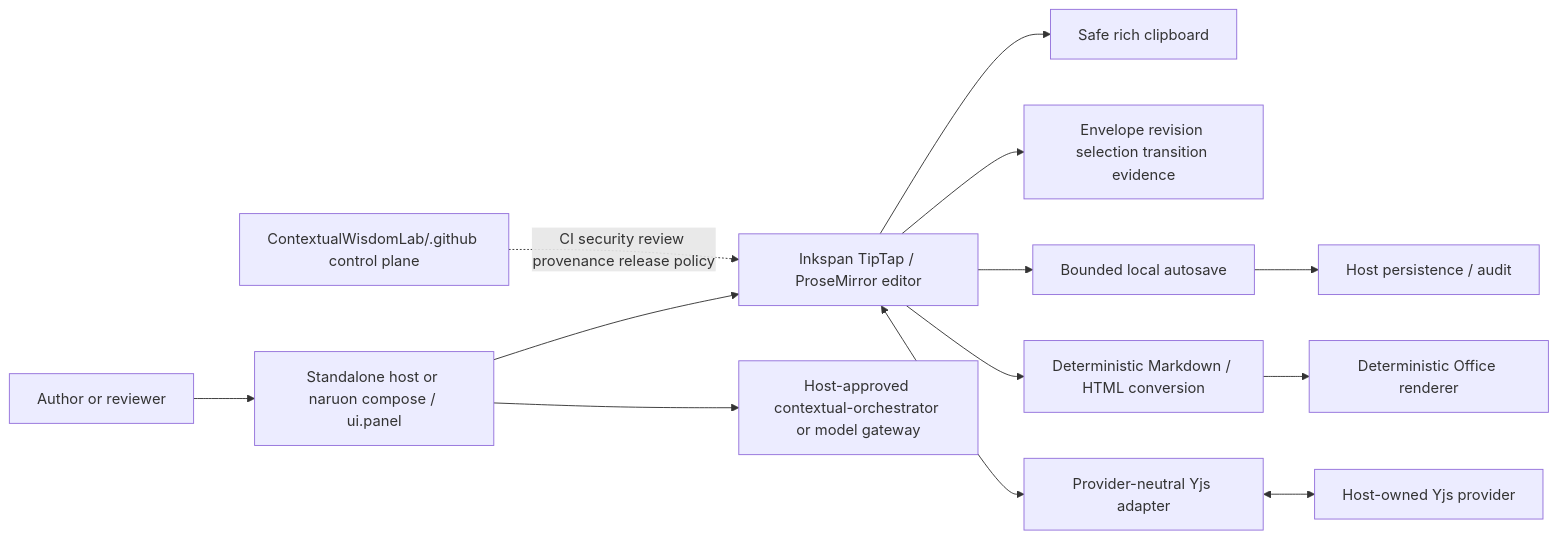
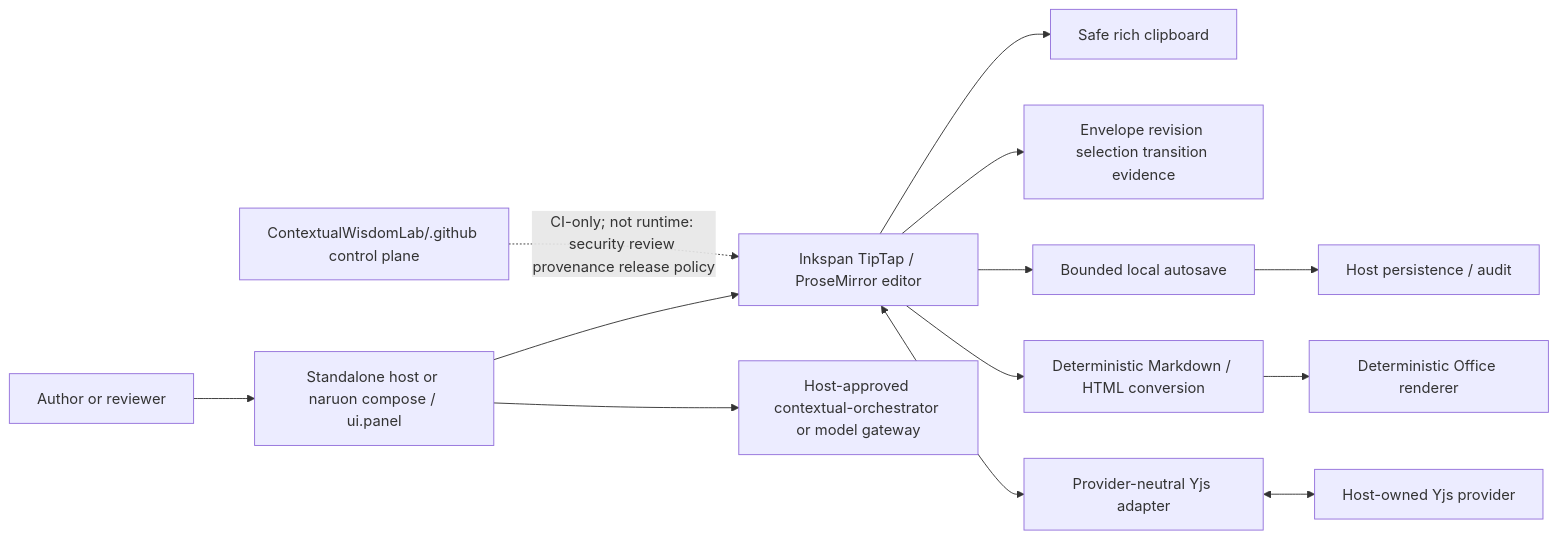
The first of 17 diagrams in docs/UML.md (ContextualWisdomLab/inkspan), drawn with Mermaid before and after one commit.

Commit message:
docs(uml): mark control plane as non-runtime

````diff
--- a/docs/UML.md
+++ b/docs/UML.md
@@ -9,29 +9,29 @@
 ```mermaid
 flowchart LR
   User[Author or reviewer]
   HostApp[Standalone host or naruon compose / ui.panel]
   EditorCore[Inkspan TipTap / ProseMirror editor]
   ClipboardBoundary[Safe rich clipboard]
   EvidenceCore[Envelope revision selection transition evidence]
   AutosaveCore[Bounded local autosave]
   ConversionCore[Deterministic Markdown / HTML conversion]
   OfficeRenderer[Deterministic Office renderer]
   CollaborationAdapter[Provider-neutral Yjs adapter]
   HostProvider[Host-owned Yjs provider]
   HostStore[Host persistence / audit]
   ModelGateway[Host-approved contextual-orchestrator or model gateway]
   ControlPlane[ContextualWisdomLab/.github control plane]
 
   User --> HostApp
   HostApp --> EditorCore
   EditorCore --> ClipboardBoundary
   EditorCore --> EvidenceCore
   EditorCore --> AutosaveCore
   EditorCore --> ConversionCore
   ConversionCore --> OfficeRenderer
   EditorCore <--> CollaborationAdapter
   CollaborationAdapter <--> HostProvider
   AutosaveCore --> HostStore
   HostApp --> ModelGateway
-  ControlPlane -. CI security review provenance release policy .-> EditorCore
+  ControlPlane -. CI-only; not runtime: security review provenance release policy .-> EditorCore
 ```
````
